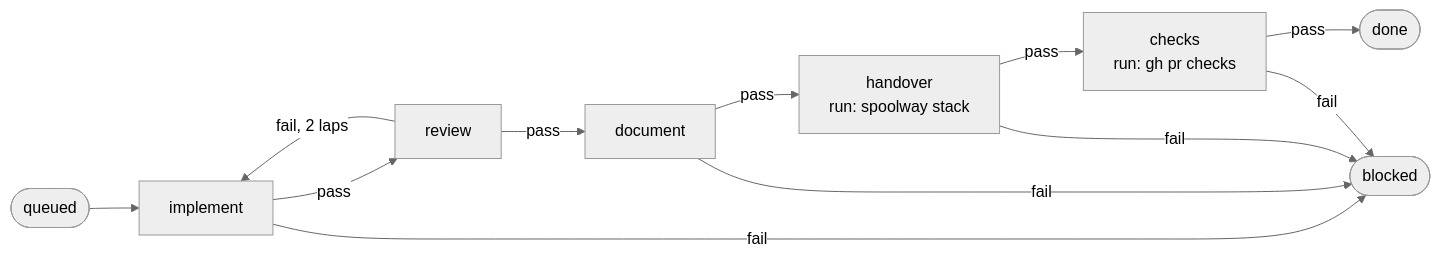
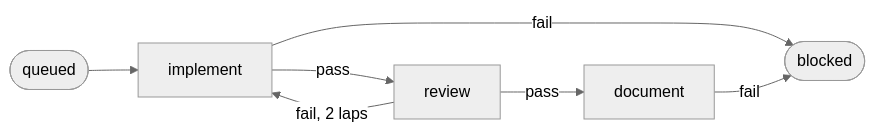
One commit to marvingygas/spoolway changed the third of 4 diagrams in docs/pipelines.md. Above: the diagram before and after it, drawn with Mermaid (neutral theme). The commit also changed other lines of this file and 16 other files, not shown here.

````diff
--- a/docs/pipelines.md
+++ b/docs/pipelines.md
@@ -355,11 +340,8 @@
 ```mermaid
 flowchart LR
   Q([queued]) --> I[implement]
   I -->|pass| R[review]
   R -->|pass| D[document]
   R -->|fail, 2 laps| I
-  D -->|pass| H[handover<br/>run: spoolway stack]
-  H -->|pass| C[checks<br/>run: gh pr checks]
-  C -->|pass| Z([done])
-  I & D & H & C -->|fail| B([blocked])
+  I & D -->|fail| B([blocked])
 ```
````
